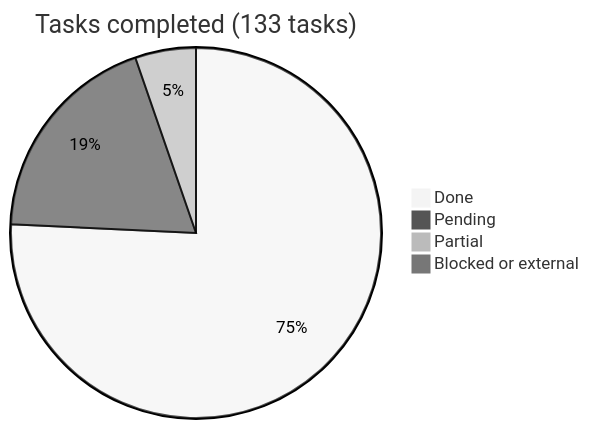
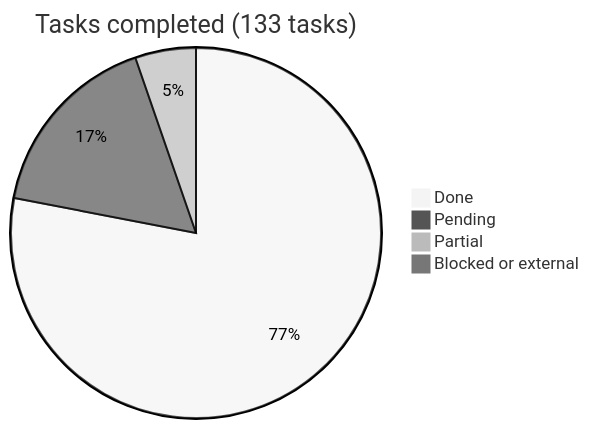
The diagram in docs/roadmap/README.md (araguaney-lat/araguaney-app), drawn with Mermaid (neutral theme) before and after one commit. The commit also changed other lines of this file and 2 other files, not shown here.

First line of the commit message:
docs(roadmap): catch the board up with what is already built

````diff
--- a/docs/roadmap/README.md
+++ b/docs/roadmap/README.md
@@ -16,7 +16,7 @@
 ```mermaid
 pie title Tasks completed (133 tasks)
-    "Done" : 100
-    "Pending" : 25
+    "Done" : 103
+    "Pending" : 22
     "Partial" : 7
     "Blocked or external" : 1
 ```
````
